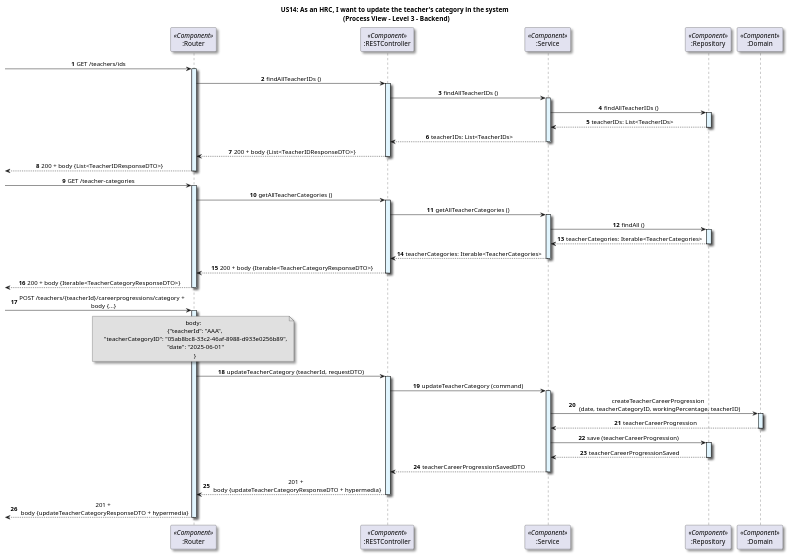
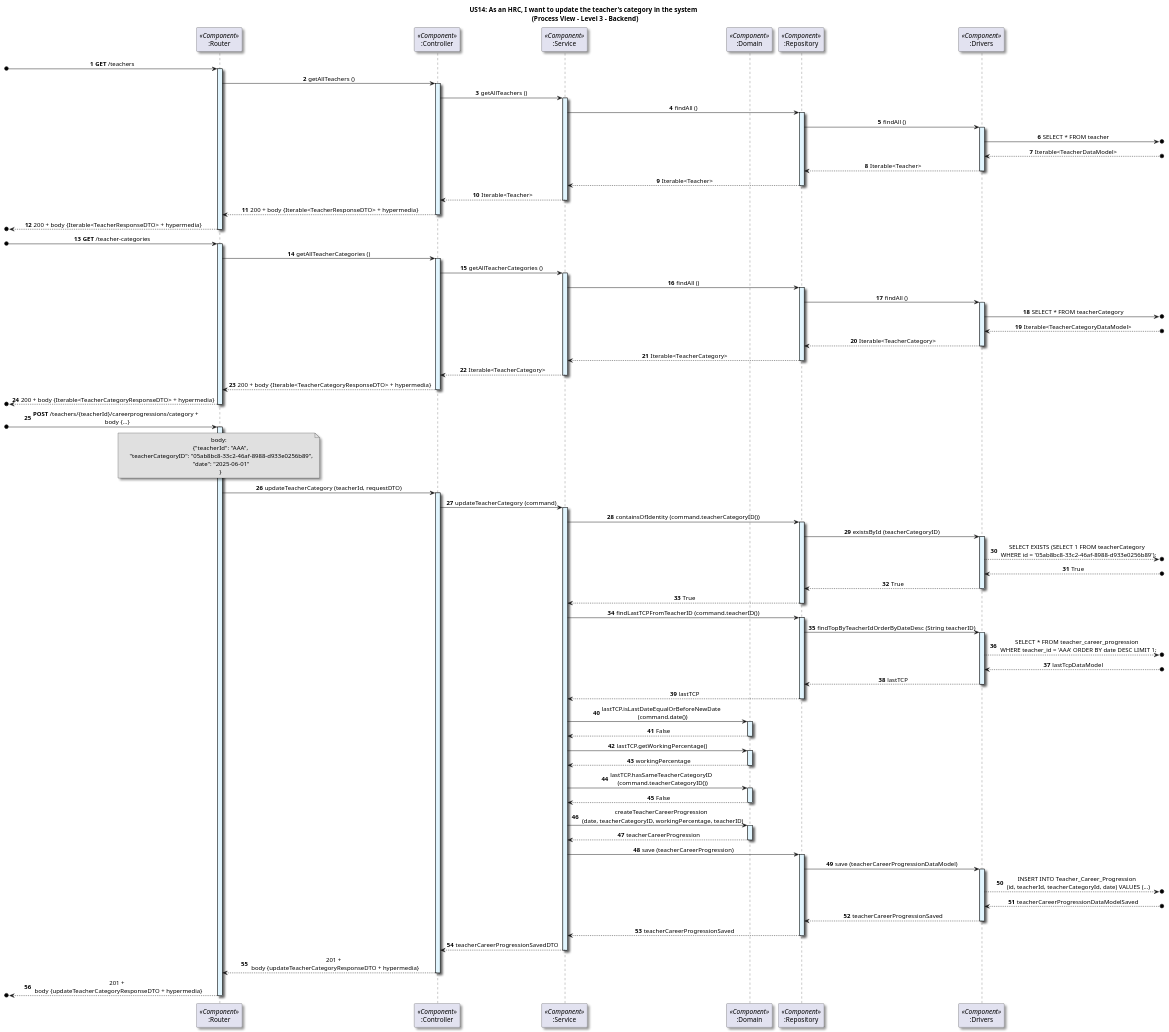
One commit to GasparISEP/DevOps-PAI changed the diagram in docs/US14/Sprint7_RestAPI/ProcessView/Level3.puml. Above: the diagram before and after it, drawn with PlantUML.

Commit message:
doc(process): update Level 3 Process View diagram (#675, #678)

```diff
--- a/docs/US14/Sprint7_RestAPI/ProcessView/Level3.puml
+++ b/docs/US14/Sprint7_RestAPI/ProcessView/Level3.puml
@@ -1,108 +1,189 @@
 @startuml
 
 title US14: As an HRC, I want to update the teacher's category in the system \n (Process View - Level 3 - Backend)
 
 skinparam defaultTextAlignment center
 skinparam shadowing true
 
 autonumber
 
 participant ":Router" as router <<Component>>
-participant ":RESTController" as controller <<Component>>
+participant ":Controller" as controller <<Component>>
 participant ":Service" as service <<Component>>
+participant ":Domain" as domain <<Component>>
 participant ":Repository" as repository <<Component>>
-participant ":Domain" as domain <<Component>>
+participant ":Drivers" as drivers <<Component>>
 
-' findAllTeacherIDs method '
+' getAllTeachers method '
 
--> router: GET /teachers/ids
+[o-> router: **GET** /teachers
 activate router #E1F5FE
 
-router -> controller: findAllTeacherIDs ()
+router -> controller: getAllTeachers ()
 activate controller #E1F5FE
 
-controller -> service: findAllTeacherIDs ()
+controller -> service: getAllTeachers ()
 activate service #E1F5FE
 
-service -> repository: findAllTeacherIDs ()
+service -> repository: findAll ()
 activate repository #E1F5FE
 
-repository --> service: teacherIDs: List<TeacherIDs>
+repository -> drivers: findAll ()
+activate drivers #E1F5FE
+
+drivers ->o]: SELECT * FROM teacher
+
+drivers <--o]: Iterable<TeacherDataModel>
+
+drivers --> repository: Iterable<Teacher>
+deactivate drivers
+
+repository --> service: Iterable<Teacher>
 deactivate repository
 
-service --> controller: teacherIDs: List<TeacherIDs>
+service --> controller: Iterable<Teacher>
 deactivate service
 
-controller --> router: 200 + body {List<TeacherIDResponseDTO>}
+controller --> router: 200 + body {Iterable<TeacherResponseDTO> + hypermedia}
 deactivate controller
 
-<-- router: 200 + body {List<TeacherIDResponseDTO>}
+[o<-- router: 200 + body {Iterable<TeacherResponseDTO> + hypermedia}
 deactivate router
 
 ' getAllTeacherCategories method '
 
--> router: GET /teacher-categories
+[o-> router: **GET** /teacher-categories
 activate router #E1F5FE
 
 router -> controller: getAllTeacherCategories ()
 activate controller #E1F5FE
 
 controller -> service: getAllTeacherCategories ()
 activate service #E1F5FE
 
 service -> repository: findAll ()
 activate repository #E1F5FE
 
-repository --> service: teacherCategories: Iterable<TeacherCategories>
+repository -> drivers: findAll ()
+activate drivers #E1F5FE
+
+drivers ->o]: SELECT * FROM teacherCategory
+
+drivers <--o]: Iterable<TeacherCategoryDataModel>
+
+drivers --> repository: Iterable<TeacherCategory>
+deactivate drivers
+
+repository --> service: Iterable<TeacherCategory>
 deactivate repository
 
-service --> controller: teacherCategories: Iterable<TeacherCategories>
+service --> controller: Iterable<TeacherCategory>
 deactivate service
 
-controller --> router: 200 + body {Iterable<TeacherCategoryResponseDTO>}
+controller --> router: 200 + body {Iterable<TeacherCategoryResponseDTO> + hypermedia}
 deactivate controller
 
-<-- router: 200 + body {Iterable<TeacherCategoryResponseDTO>}
+[o<-- router: 200 + body {Iterable<TeacherCategoryResponseDTO> + hypermedia}
 deactivate router
 
 ' updateTeacherCategory method '
 
--> router: POST /teachers/{teacherId}/careerprogressions/category + \n body {...}
+[o-> router: **POST** /teachers/{teacherId}/careerprogressions/category + \n body {...}
 activate router #E1F5FE
 
 note over router #E0E0E0
   body:
     {"teacherId": "AAA",
      "teacherCategoryID": "05ab8bc8-33c2-46af-8988-d933e0256b89",
      "date": "2025-06-01"
     }
 end note
 
 router -> controller: updateTeacherCategory (teacherId, requestDTO)
 activate controller #E1F5FE
 
 controller -> service: updateTeacherCategory (command)
 activate service #E1F5FE
 
+service -> repository: containsOfIdentity (command.teacherCategoryID())
+activate repository #E1F5FE
+
+repository -> drivers: existsById (teacherCategoryID)
+activate drivers #E1F5FE
+
+drivers -->o]: SELECT EXISTS (SELECT 1 FROM teacherCategory \n WHERE id = '05ab8bc8-33c2-46af-8988-d933e0256b89');
+
+drivers <--o] : True
+
+drivers --> repository: True
+deactivate drivers
+
+repository --> service: True
+deactivate repository
+
+service -> repository: findLastTCPFromTeacherID (command.teacherID())
+activate repository #E1F5FE
+
+repository -> drivers: findTopByTeacherIdOrderByDateDesc (String teacherID)
+activate drivers #E1F5FE
+
+drivers -->o]: SELECT * FROM teacher_career_progression \n WHERE teacher_id = 'AAA' ORDER BY date DESC LIMIT 1;
+
+drivers <--o] : lastTcpDataModel
+
+drivers --> repository: lastTCP
+deactivate drivers
+
+repository --> service: lastTCP
+deactivate repository
+
+service -> domain : lastTCP.isLastDateEqualOrBeforeNewDate \n (command.date())
+activate domain #E1F5FE
+
+domain --> service : False
+deactivate domain
+
+service -> domain : lastTCP.getWorkingPercentage()
+activate domain #E1F5FE
+
+domain --> service : workingPercentage
+deactivate domain
+
+service -> domain : lastTCP.hasSameTeacherCategoryID \n (command.teacherCategoryID())
+activate domain #E1F5FE
+
+domain --> service : False
+deactivate domain
+
 service -> domain: createTeacherCareerProgression \n (date, teacherCategoryID, workingPercentage, teacherID)
 activate domain #E1F5FE
 
 domain --> service: teacherCareerProgression
 deactivate domain
 
 service -> repository: save (teacherCareerProgression)
 activate repository #E1F5FE
+
+repository -> drivers: save (teacherCareerProgressionDataModel)
+activate drivers #E1F5FE
+
+drivers -->o]: INSERT INTO Teacher_Career_Progression \n (id, teacherId, teacherCategoryId, date) VALUES (...)
+
+drivers <--o] : teacherCareerProgressionDataModelSaved
+
+drivers --> repository: teacherCareerProgressionSaved
+deactivate drivers
 
 repository --> service: teacherCareerProgressionSaved
 deactivate repository
 
 service --> controller: teacherCareerProgressionSavedDTO
 deactivate service
 
 controller --> router: 201 + \n body {updateTeacherCategoryResponseDTO + hypermedia}
 deactivate controller
 
-<-- router: 201 + \n body {updateTeacherCategoryResponseDTO + hypermedia}
+[o<-- router: 201 + \n body {updateTeacherCategoryResponseDTO + hypermedia}
 deactivate router
 
 @enduml
```
